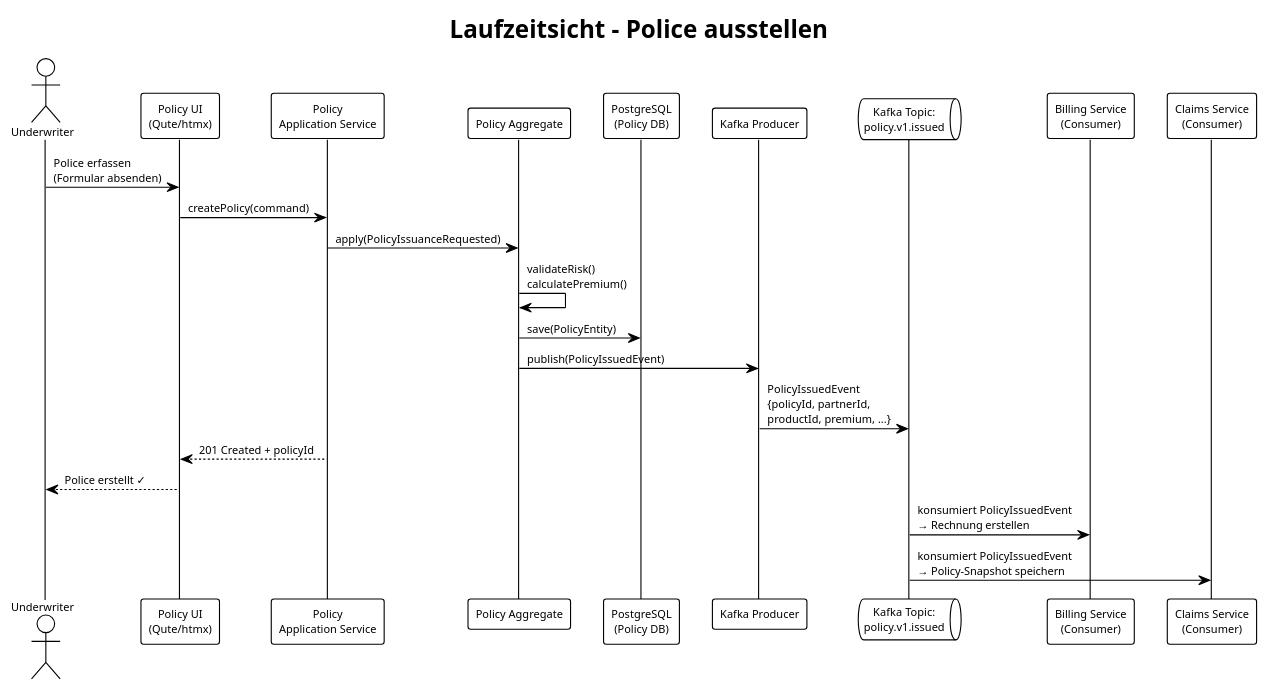
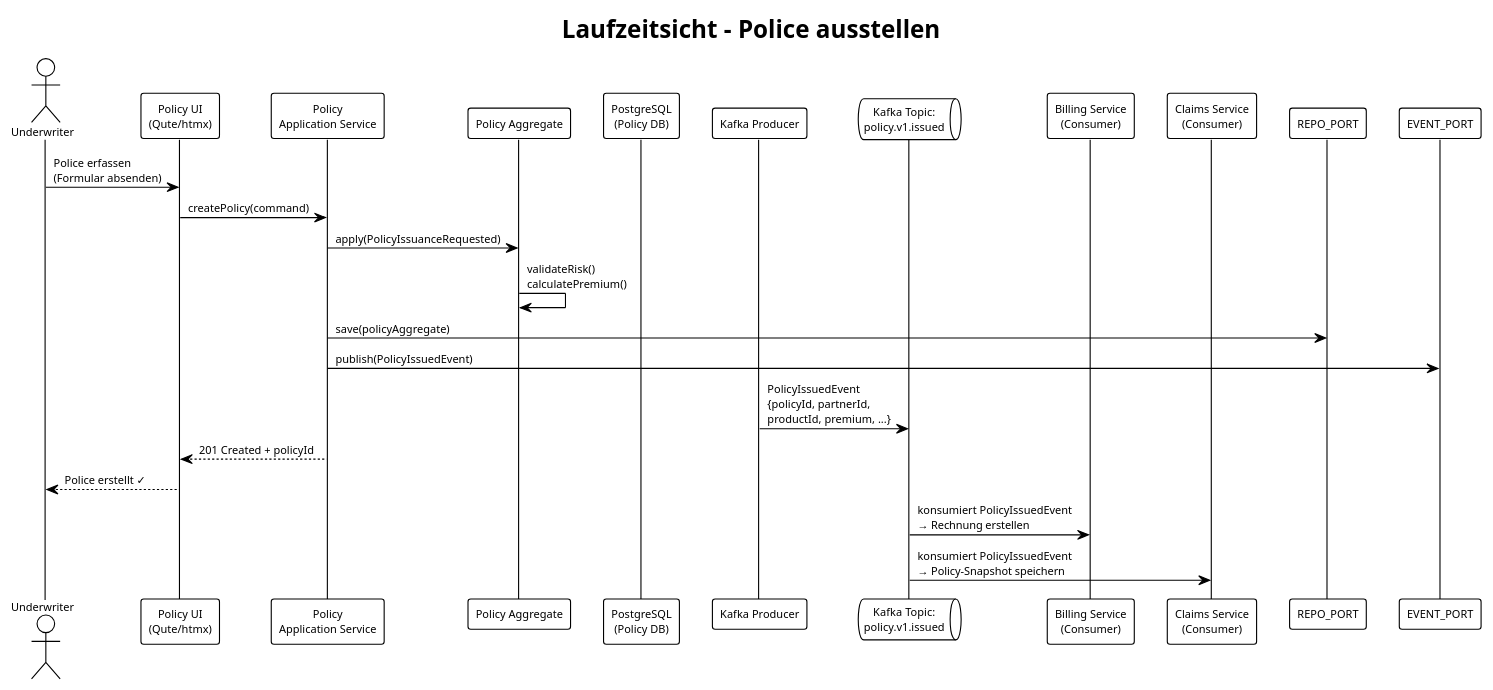
The seventh of 16 diagrams in specs/arc42.md (LukasW/datamesh), drawn with PlantUML before and after one commit. The commit also changed other lines of this file and 49 other files, not shown here.

````diff
--- a/specs/arc42.md
+++ b/specs/arc42.md
@@ -484,32 +497,32 @@
 ```plantuml
 @startuml runtime-policy-issuance
 !theme plain
 skinparam defaultFontSize 10
 
 title Laufzeitsicht – Police ausstellen
 
 actor "Underwriter" as UW
 participant "Policy UI\n(Qute/htmx)" as UI
 participant "Policy\nApplication Service" as APP
 participant "Policy Aggregate" as AGG
 participant "PostgreSQL\n(Policy DB)" as DB
 participant "Kafka Producer" as KPROD
 queue "Kafka Topic:\npolicy.v1.issued" as TOPIC
 participant "Billing Service\n(Consumer)" as BIL
 participant "Claims Service\n(Consumer)" as CLM
 
 UW -> UI : Police erfassen\n(Formular absenden)
 UI -> APP : createPolicy(command)
 APP -> AGG : apply(PolicyIssuanceRequested)
 AGG -> AGG : validateRisk()\ncalculatePremium()
-AGG -> DB : save(PolicyEntity)
-AGG -> KPROD : publish(PolicyIssuedEvent)
+APP -> REPO_PORT : save(policyAggregate)
+APP -> EVENT_PORT : publish(PolicyIssuedEvent)
 KPROD -> TOPIC : PolicyIssuedEvent\n{policyId, partnerId,\nproductId, premium, ...}
 APP --> UI : 201 Created + policyId
 UI --> UW : Police erstellt ✓
 
 TOPIC -> BIL : konsumiert PolicyIssuedEvent\n→ Rechnung erstellen
 TOPIC -> CLM : konsumiert PolicyIssuedEvent\n→ Policy-Snapshot speichern
 
 @enduml
 ```
````
